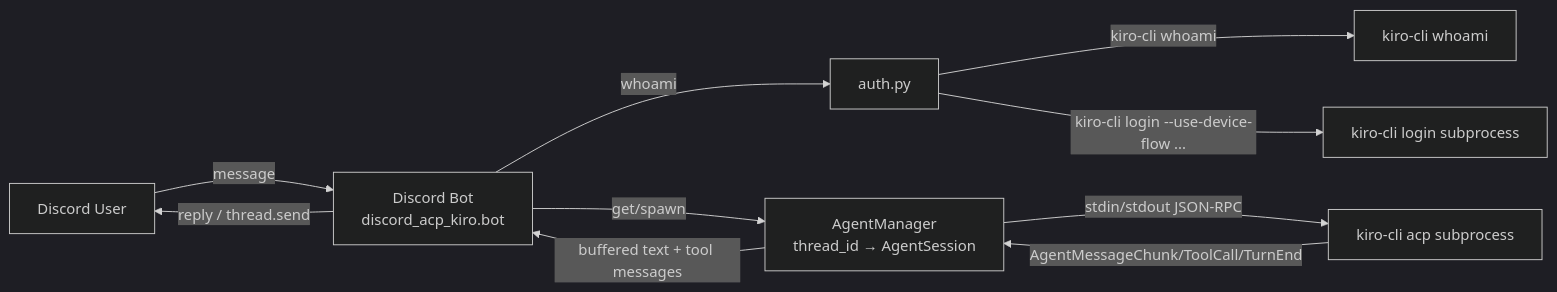
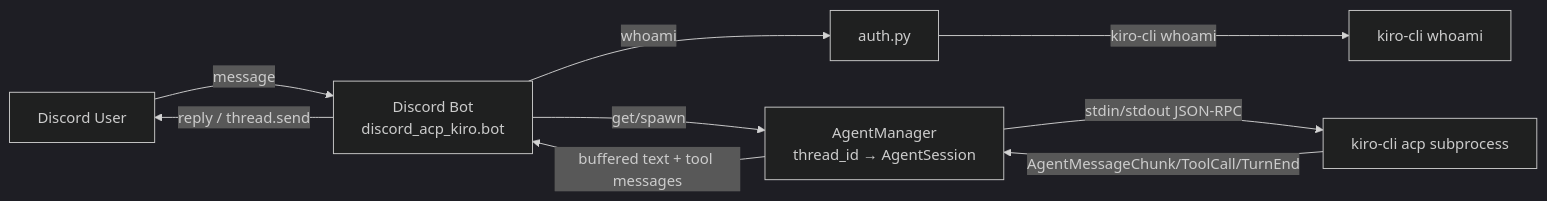
The diagram in README.md (VioletVivirand/discord-acp-client-for-kiro-cli), drawn with Mermaid (dark theme) before and after one commit. The commit also changed other lines of this file and 12 other files, not shown here.

First line of the commit message:
refactor(auth): remove device-flow login, simplify to host-based auth

````diff
--- a/README.md
+++ b/README.md
@@ -11,12 +12,11 @@
 ```mermaid
 flowchart LR
     User[Discord User] -->|message| Bot[Discord Bot<br/>discord_acp_kiro.bot]
     Bot -->|whoami| Auth[auth.py]
     Auth -->|kiro-cli whoami| KCLI1[kiro-cli whoami]
-    Auth -->|kiro-cli login --use-device-flow ...| KCLI2[kiro-cli login subprocess]
     Bot -->|get/spawn| AM[AgentManager<br/>thread_id → AgentSession]
     AM -->|stdin/stdout JSON-RPC| KACP[kiro-cli acp subprocess]
     KACP -->|AgentMessageChunk/ToolCall/TurnEnd| AM
     AM -->|buffered text + tool messages| Bot
     Bot -->|reply / thread.send| User
 ```
````
